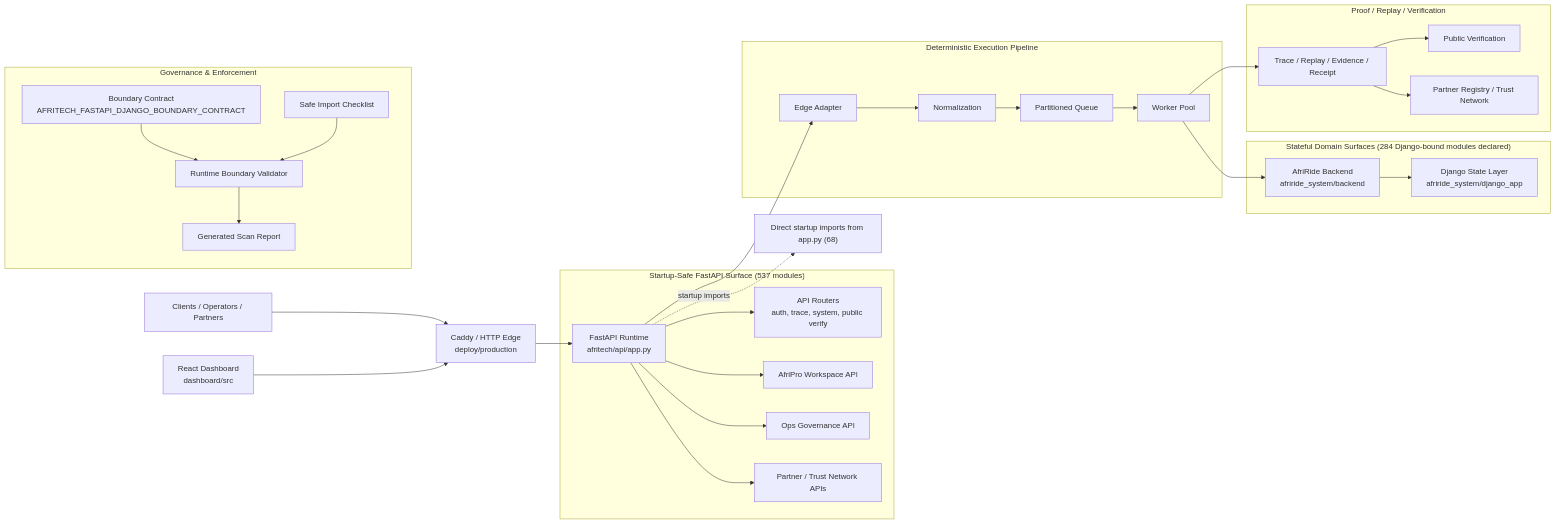
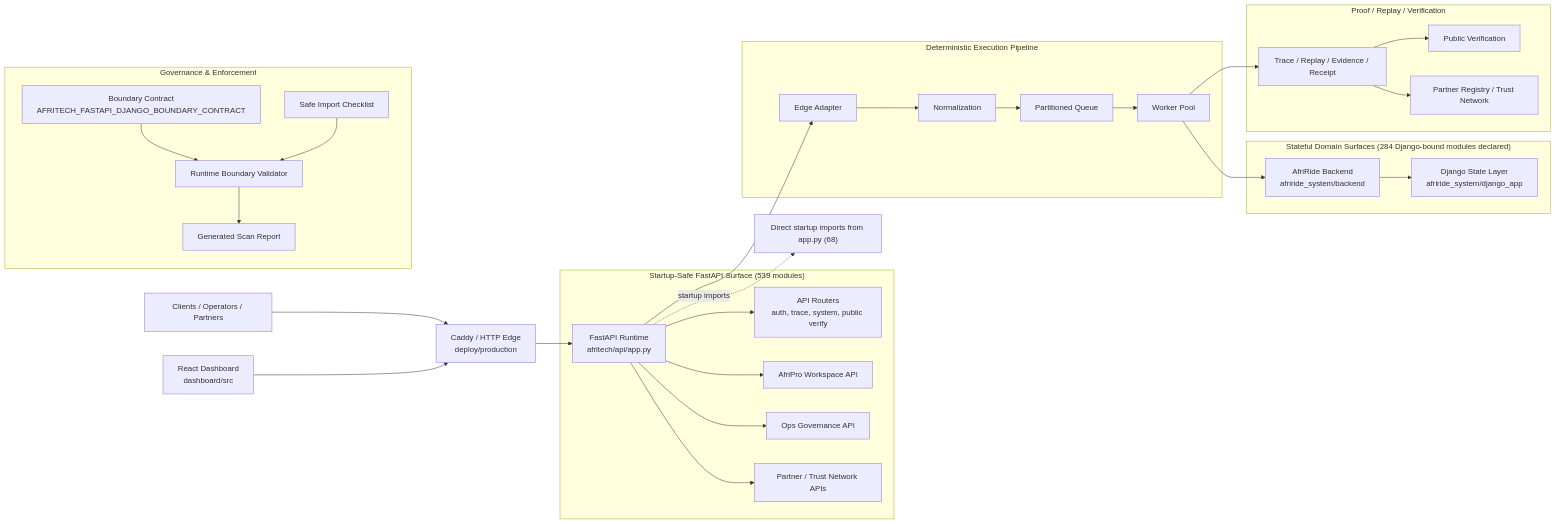
Before and after one commit to Strelly2023/afritelematics: the first of 2 diagrams in docs/architecture/AFRITECH_FULL_ARCHITECTURE_GRAPH.md, drawn with Mermaid. The commit also changed other lines of this file and 14 other files, not shown here.

````diff
--- a/docs/architecture/AFRITECH_FULL_ARCHITECTURE_GRAPH.md
+++ b/docs/architecture/AFRITECH_FULL_ARCHITECTURE_GRAPH.md
@@ -22,39 +22,39 @@
 ```mermaid
 flowchart LR
     Client["Clients / Operators / Partners"] --> Edge["Caddy / HTTP Edge\ndeploy/production"]
     Dashboard["React Dashboard\ndashboard/src"] --> Edge
     Edge --> App["FastAPI Runtime\nafritech/api/app.py"]
 
-    subgraph FastAPI["Startup-Safe FastAPI Surface (537 modules)"]
+    subgraph FastAPI["Startup-Safe FastAPI Surface (539 modules)"]
         App --> Api["API Routers\nauth, trace, system, public verify"]
         App --> Workspace["AfriPro Workspace API"]
         App --> Governance["Ops Governance API"]
         App --> Trust["Partner / Trust Network APIs"]
     end
 
     subgraph Pipeline["Deterministic Execution Pipeline"]
         App --> Adapt["Edge Adapter"]
         Adapt --> Normalize["Normalization"]
         Normalize --> Queue["Partitioned Queue"]
         Queue --> Worker["Worker Pool"]
     end
 
     subgraph State["Stateful Domain Surfaces (284 Django-bound modules declared)"]
         Worker --> Domain["AfriRide Backend\nafriride_system/backend"]
         Domain --> Django["Django State Layer\nafriride_system/django_app"]
     end
 
     subgraph Proof["Proof / Replay / Verification"]
         Worker --> Trace["Trace / Replay / Evidence / Receipt"]
         Trace --> Public["Public Verification"]
         Trace --> Registry["Partner Registry / Trust Network"]
     end
 
     subgraph GovernancePlane["Governance & Enforcement"]
         Contract["Boundary Contract\nAFRITECH_FASTAPI_DJANGO_BOUNDARY_CONTRACT"] --> Validator["Runtime Boundary Validator"]
         Checklist["Safe Import Checklist"] --> Validator
         Validator --> Review["Generated Scan Report"]
     end
 
     App -. startup imports .-> Imports["Direct startup imports from app.py (68)"]
 ```
````
